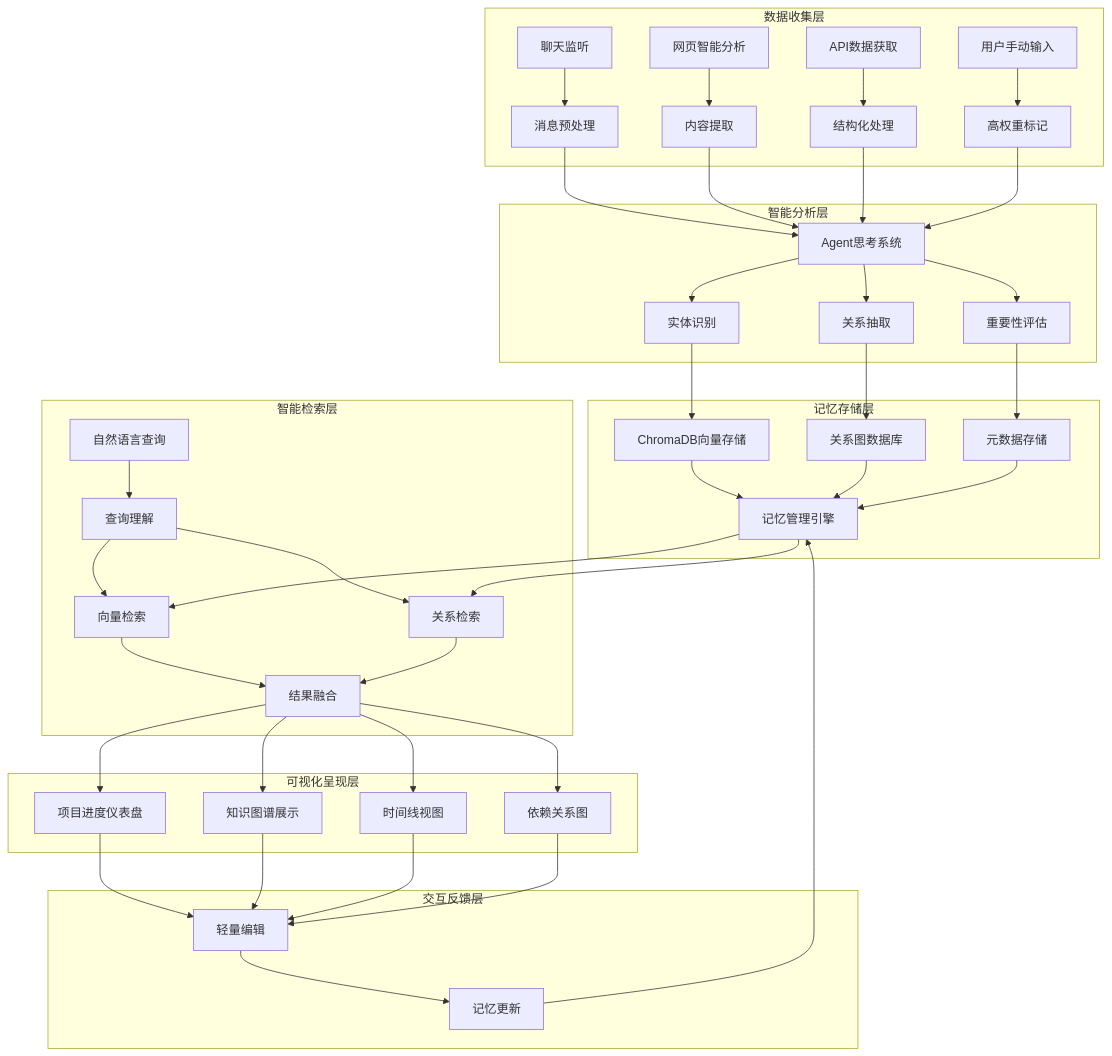
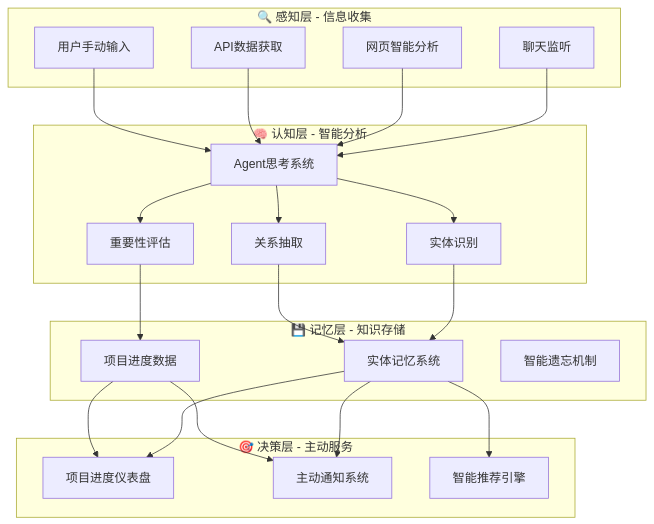
The diagram in docs/features/brain_like_project_analysis_system.md (ee01/Personal-AI), drawn with Mermaid before and after one commit. The commit also changed other lines of this file and 18 other files, not shown here.

````diff
--- a/docs/features/brain_like_project_analysis_system.md
+++ b/docs/features/brain_like_project_analysis_system.md
@@ -26,54 +25,47 @@
 ```mermaid
 graph TB
-    subgraph "数据收集层"
-        A1[聊天监听] --> B1[消息预处理]
-        A2[网页智能分析] --> B2[内容提取]
-        A3[API数据获取] --> B3[结构化处理]
-        A4[用户手动输入] --> B4[高权重标记]
+    subgraph "🔍 感知层 - 信息收集"
+        A1[聊天监听] 
+        A2[网页智能分析] 
+        A3[API数据获取] 
+        A4[用户手动输入]
     end
     
-    subgraph "智能分析层"
-        B1 --> C1[Agent思考系统]
-        B2 --> C1
-        B3 --> C1
-        B4 --> C1
-        C1 --> C2[实体识别]
-        C1 --> C3[关系抽取]
-        C1 --> C4[重要性评估]
+    subgraph "🧠 认知层 - 智能分析"
+        B1[Agent思考系统]
+        B2[实体识别]
+        B3[关系抽取]
+        B4[重要性评估]
     end
     
-    subgraph "记忆存储层"
-        C2 --> D1[ChromaDB向量存储]
-        C3 --> D2[关系图数据库]
-        C4 --> D3[元数据存储]
-        D1 --> D4[记忆管理引擎]
-        D2 --> D4
-        D3 --> D4
+    subgraph "💾 记忆层 - 知识存储"
+        C1[实体记忆系统]
+        C2[项目进度数据]
+        C3[智能遗忘机制]
     end
     
-    subgraph "智能检索层"
-        E1[自然语言查询] --> F1[查询理解]
-        F1 --> F2[向量检索]
-        F1 --> F3[关系检索]
-        F2 --> F4[结果融合]
-        F3 --> F4
-        D4 --> F2
-        D4 --> F3
+    subgraph "🎯 决策层 - 主动服务"
+        D1[项目进度仪表盘]
+        D2[主动通知系统]
+        D3[智能推荐引擎]
     end
     
-    subgraph "可视化呈现层"
-        F4 --> G1[项目进度仪表盘]
-        F4 --> G2[知识图谱展示]
-        F4 --> G3[时间线视图]
-        F4 --> G4[依赖关系图]
-    end
+    A1 --> B1
+    A2 --> B1
+    A3 --> B1
+    A4 --> B1
     
-    subgraph "交互反馈层"
-        G1 --> H1[轻量编辑]
-        G2 --> H1
-        G3 --> H1
-        G4 --> H1
-        H1 --> H2[记忆更新]
-        H2 --> D4
-    end
+    B1 --> B2
+    B1 --> B3
+    B1 --> B4
+    
+    B2 --> C1
+    B3 --> C1
+    B4 --> C2
+    
+    C1 --> D1
+    C2 --> D1
+    C1 --> D2
+    C2 --> D2
+    C1 --> D3
 ```
````
